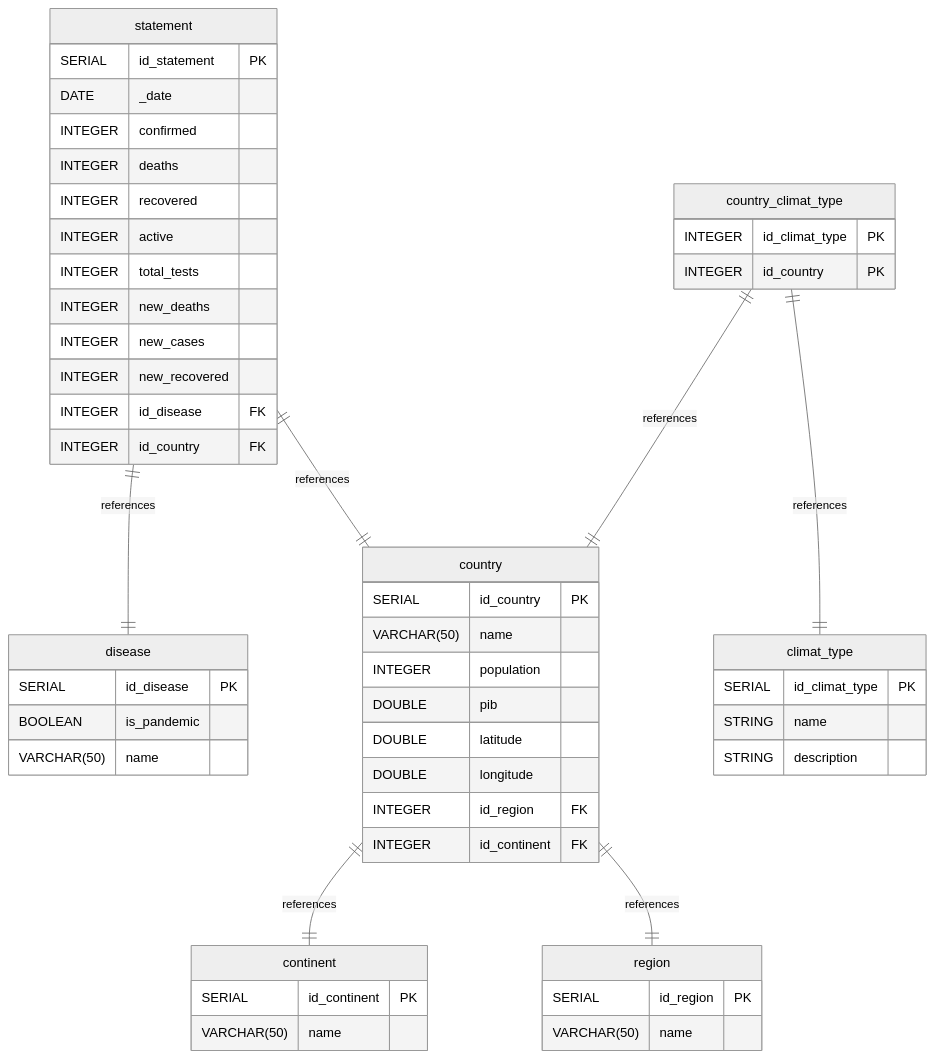
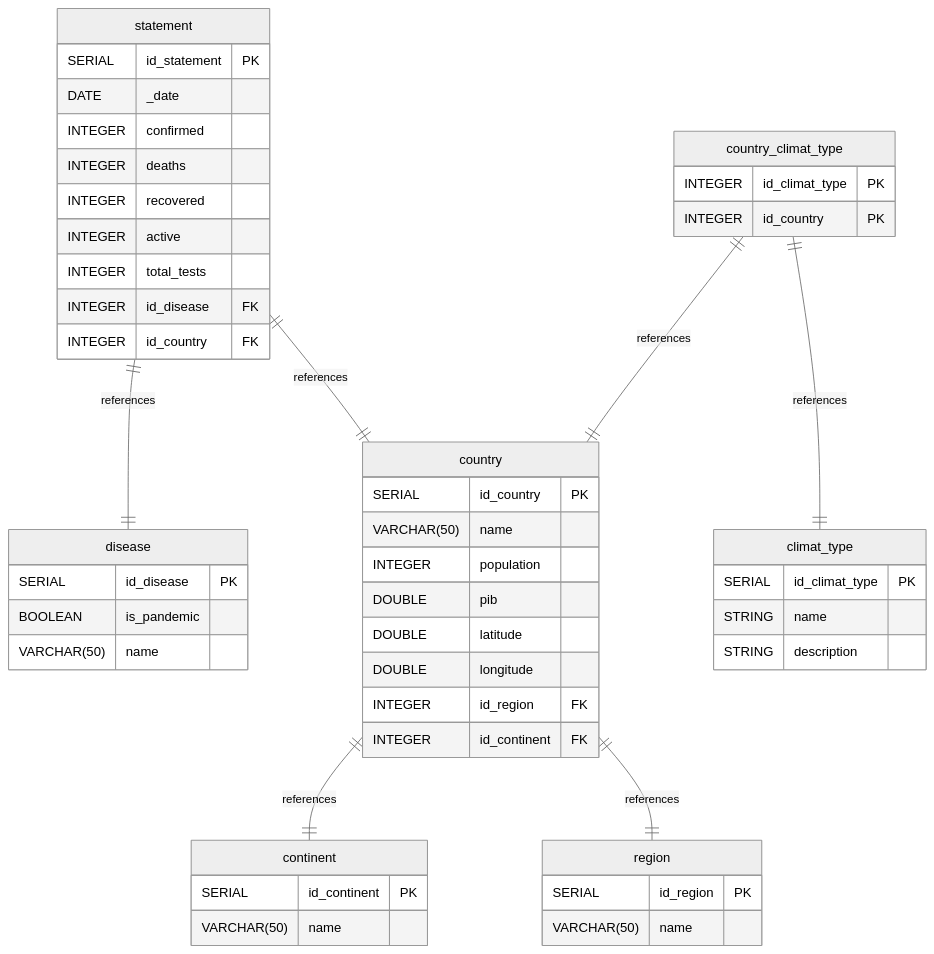
Before and after one commit to leosdlp/MSPR-501: the diagram in postgres/database/MCD.md, drawn with Mermaid (neutral theme). The commit also changed 1 other file, not shown here.

Commit message:
update database schema

````diff
--- a/postgres/database/MCD.md
+++ b/postgres/database/MCD.md
@@ -1,61 +1,58 @@
 ```mermaid
 erDiagram
     disease {
         SERIAL id_disease PK
         BOOLEAN is_pandemic
         VARCHAR(50) name
     }
 
     statement {
         SERIAL id_statement PK
         DATE _date
         INTEGER confirmed
         INTEGER deaths
         INTEGER recovered
         INTEGER active
         INTEGER total_tests
-        INTEGER new_deaths
-        INTEGER new_cases
-        INTEGER new_recovered
         INTEGER id_disease FK
         INTEGER id_country FK
     }
     statement ||--|| disease : "references"
     statement ||--|| country : "references"
 
     region {
         SERIAL id_region PK
         VARCHAR(50) name
     }
 
     continent {
         SERIAL id_continent PK
         VARCHAR(50) name
     }
 
     country {
         SERIAL id_country PK
         VARCHAR(50) name
         INTEGER population
         DOUBLE pib
         DOUBLE latitude
         DOUBLE longitude
         INTEGER id_region FK
         INTEGER id_continent FK
     }
     country ||--|| continent : "references"
     country ||--|| region : "references"
 
     climat_type {
         SERIAL id_climat_type PK
         STRING name
         STRING description
     }
 
     country_climat_type {
         INTEGER id_climat_type PK
         INTEGER id_country PK
     }
     country_climat_type ||--|| climat_type : "references"
     country_climat_type ||--|| country : "references"
 ```
````
